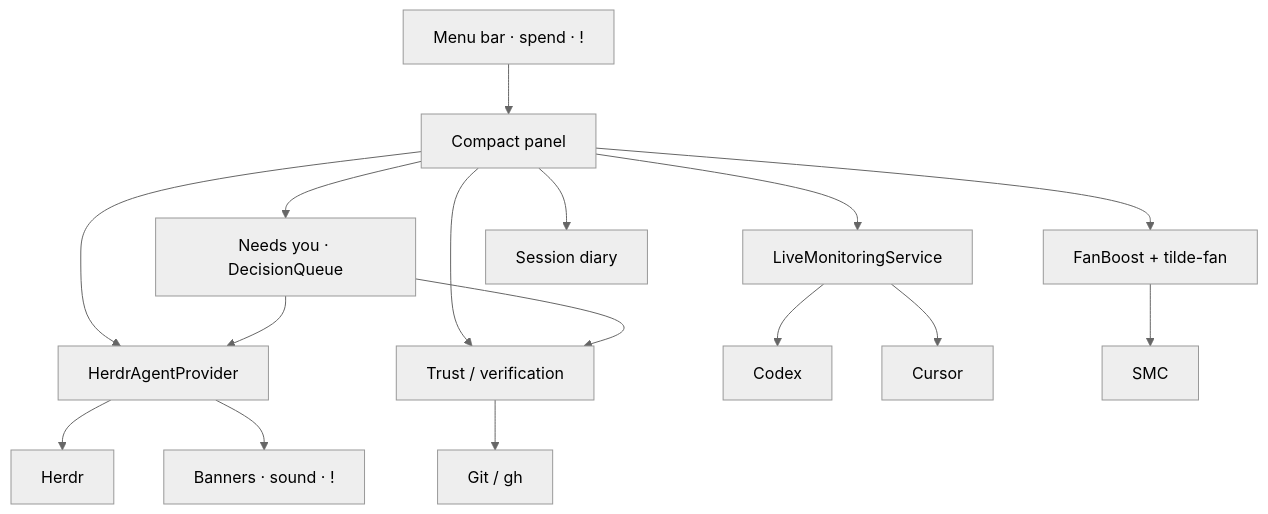
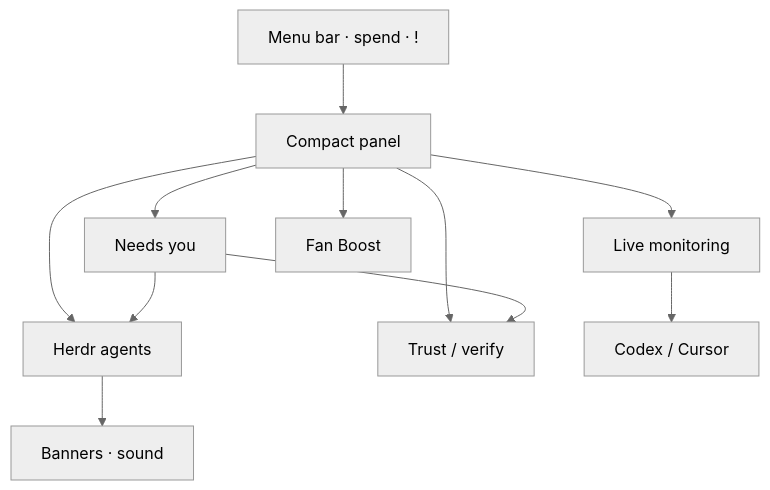
Before and after one commit to Le0wang06/Tilde: the diagram in README.md, drawn with Mermaid (neutral theme). The commit also changed other lines of this file and 5 other files, not shown here.

````diff
--- a/README.md
+++ b/README.md
@@ -132,22 +115,17 @@
 ```mermaid
 flowchart TB
   MB["Menu bar · spend · !"]
   PN["Compact panel"]
   MB --> PN
 
-  PN --> NQ["Needs you · DecisionQueue"]
-  PN --> LIVE["LiveMonitoringService"]
-  PN --> AG["HerdrAgentProvider"]
-  PN --> TR["Trust / verification"]
-  PN --> FAN["FanBoost + tilde-fan"]
-  PN --> DY["Session diary"]
+  PN --> NQ["Needs you"]
+  PN --> LIVE["Live monitoring"]
+  PN --> AG["Herdr agents"]
+  PN --> TR["Trust / verify"]
+  PN --> FAN["Fan Boost"]
 
   NQ --> AG
   NQ --> TR
-  AG --> HR["Herdr"]
-  AG --> AL["Banners · sound · !"]
-  LIVE --> CX["Codex"]
-  LIVE --> CR["Cursor"]
-  TR --> GT["Git / gh"]
-  FAN --> SMC["SMC"]
+  AG --> AL["Banners · sound"]
+  LIVE --> CX["Codex / Cursor"]
 ```
````
